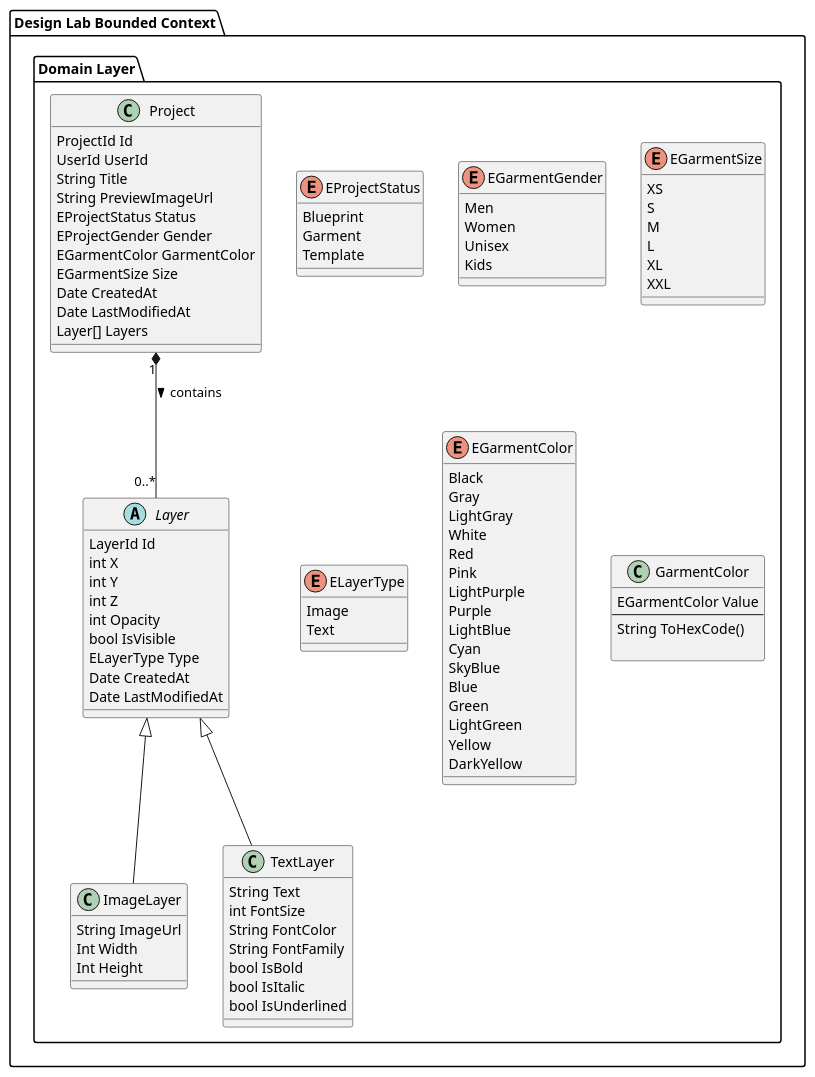
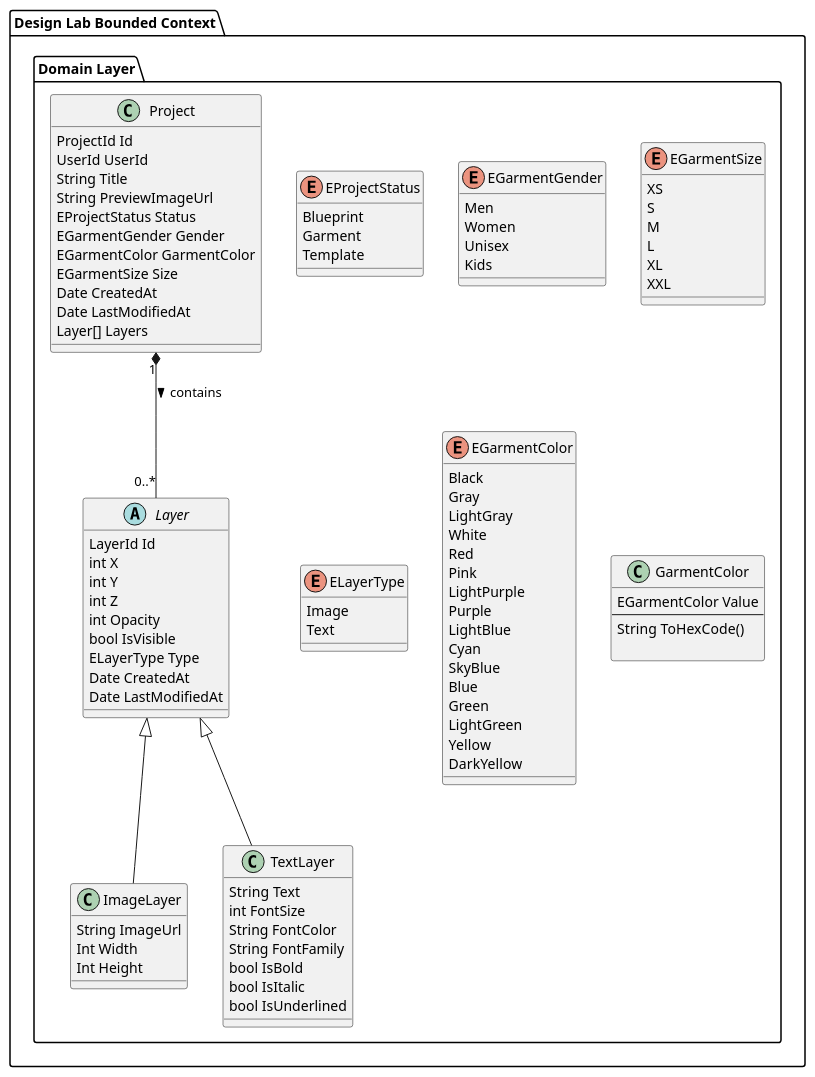
The diagram in docs/Design-Lab.puml (q2-aplicaciones-web/web-services), drawn with PlantUML before and after one commit.

Commit message:
feat: rename project gender enum to EGarmentGender for consistency

```diff
--- a/docs/Design-Lab.puml
+++ b/docs/Design-Lab.puml
@@ -1,105 +1,105 @@
 @startuml
 
 package "Design Lab Bounded Context" {
 
     package "Domain Layer" {
         
         enum EProjectStatus {
             Blueprint
             Garment
             Template
         }
         
         enum EGarmentGender {
             Men
             Women
             Unisex
             Kids
         }
         
         enum EGarmentSize {
             XS
             S
             M
             L
             XL
             XXL
         }
         
         enum ELayerType {
             Image
             Text
         }
         
         enum EGarmentColor {
             Black
             Gray
             LightGray
             White
             Red
             Pink
             LightPurple
             Purple
             LightBlue
             Cyan
             SkyBlue
             Blue
             Green
             LightGreen
             Yellow
             DarkYellow
         }
 
         class "Project" {
             ProjectId Id
             UserId UserId
             String Title
             String PreviewImageUrl
             EProjectStatus Status
-            EProjectGender Gender
+            EGarmentGender Gender
             EGarmentColor GarmentColor
             EGarmentSize Size
             Date CreatedAt
             Date LastModifiedAt
             Layer[] Layers
         }
         
         abstract class "Layer" {
             LayerId Id
             int X
             int Y
             int Z
             int Opacity
             bool IsVisible
             ELayerType Type
             Date CreatedAt
             Date LastModifiedAt
         }
         
         class "ImageLayer" extends "Layer" {
             String ImageUrl
             Int Width
             Int Height
         }
         
         class "TextLayer" extends "Layer" {
             String Text
             int FontSize
             String FontColor
             String FontFamily
             bool IsBold
             bool IsItalic
             bool IsUnderlined
         }
         
         class GarmentColor {
             EGarmentColor Value
             ---
             String ToHexCode()
             
         }
         
         Project "1" *-- "0..*" Layer : contains >
     }
 }
 @enduml
```
